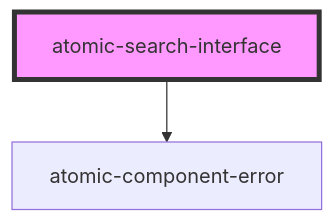
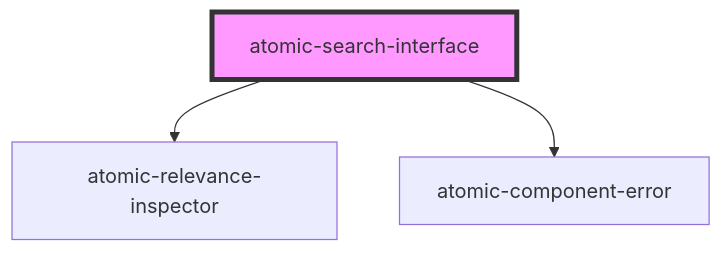
Before and after one commit to coveo/ui-kit: the diagram in packages/atomic/src/components/atomic-search-interface/readme.md, drawn with Mermaid. The commit also changed other lines of this file and 4 other files, not shown here.

````diff
--- a/packages/atomic/src/components/atomic-search-interface/readme.md
+++ b/packages/atomic/src/components/atomic-search-interface/readme.md
@@ -37,5 +39,6 @@
 ```mermaid
 graph TD;
+  atomic-search-interface --> atomic-relevance-inspector
   atomic-search-interface --> atomic-component-error
   style atomic-search-interface fill:#f9f,stroke:#333,stroke-width:4px
 ```
````
